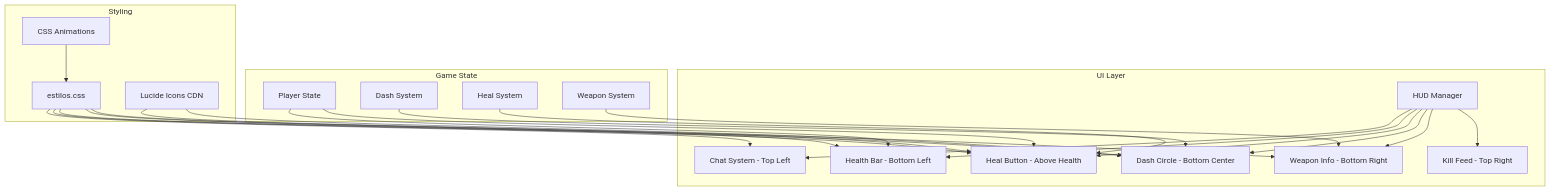
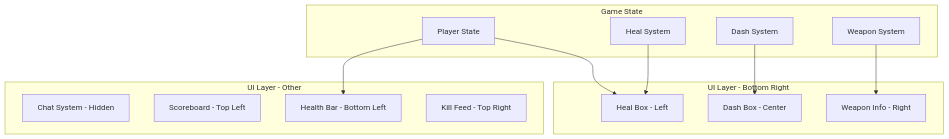
One commit to ChristopherDev2319/JuegoWeb changed the diagram in .kiro/specs/rediseno-ui-fps/design.md. Above: the diagram before and after it, drawn with Mermaid. The commit also changed other lines of this file and 8 other files, not shown here.

Commit message:
perf: simplificar DashBox - solo actualizar número sin animación SVG

````diff
--- a/.kiro/specs/rediseno-ui-fps/design.md
+++ b/.kiro/specs/rediseno-ui-fps/design.md
@@ -17,47 +15,28 @@
 ```mermaid
 graph TB
-    subgraph "UI Layer"
-        HUD[HUD Manager]
-        Chat[Chat System - Top Left]
-        Health[Health Bar - Bottom Left]
-        HealBtn[Heal Button - Above Health]
-        DashCircle[Dash Circle - Bottom Center]
-        Weapon[Weapon Info - Bottom Right]
+    subgraph "UI Layer - Bottom Right"
+        HealBox[Heal Box - Left]
+        DashBox[Dash Box - Center]
+        WeaponInfo[Weapon Info - Right]
+    end
+    
+    subgraph "UI Layer - Other"
+        Chat[Chat System - Hidden]
+        Scoreboard[Scoreboard - Top Left]
+        HealthBar[Health Bar - Bottom Left]
         KillFeed[Kill Feed - Top Right]
     end
     
     subgraph "Game State"
         Player[Player State]
         Dash[Dash System]
         Heal[Heal System]
         Weapons[Weapon System]
     end
     
-    subgraph "Styling"
-        CSS[estilos.css]
-        Lucide[Lucide Icons CDN]
-        Animations[CSS Animations]
-    end
-    
-    Player --> Health
-    Player --> HealBtn
-    Dash --> DashCircle
-    Heal --> HealBtn
-    Weapons --> Weapon
-    
-    HUD --> Chat
-    HUD --> Health
-    HUD --> HealBtn
-    HUD --> DashCircle
-    HUD --> Weapon
-    HUD --> KillFeed
-    
-    CSS --> Chat
-    CSS --> Health
-    CSS --> HealBtn
-    CSS --> DashCircle
-    CSS --> Weapon
-    Lucide --> HealBtn
-    Lucide --> DashCircle
-    Animations --> CSS
+    Player --> HealthBar
+    Player --> HealBox
+    Dash --> DashBox
+    Heal --> HealBox
+    Weapons --> WeaponInfo
 ```
````
